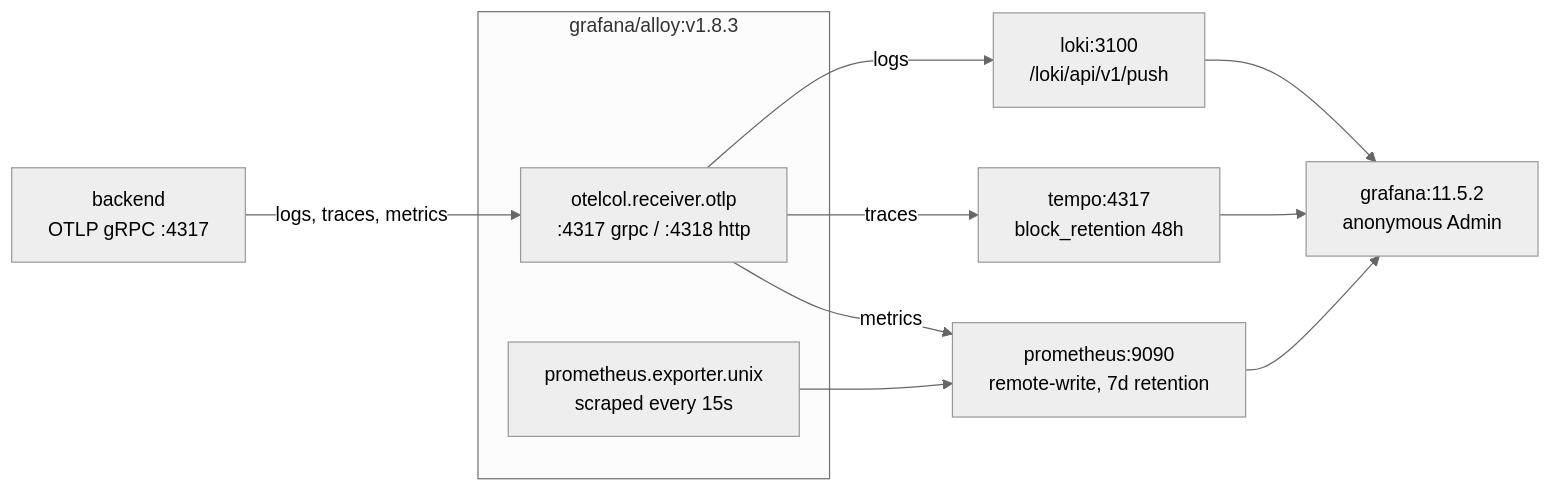
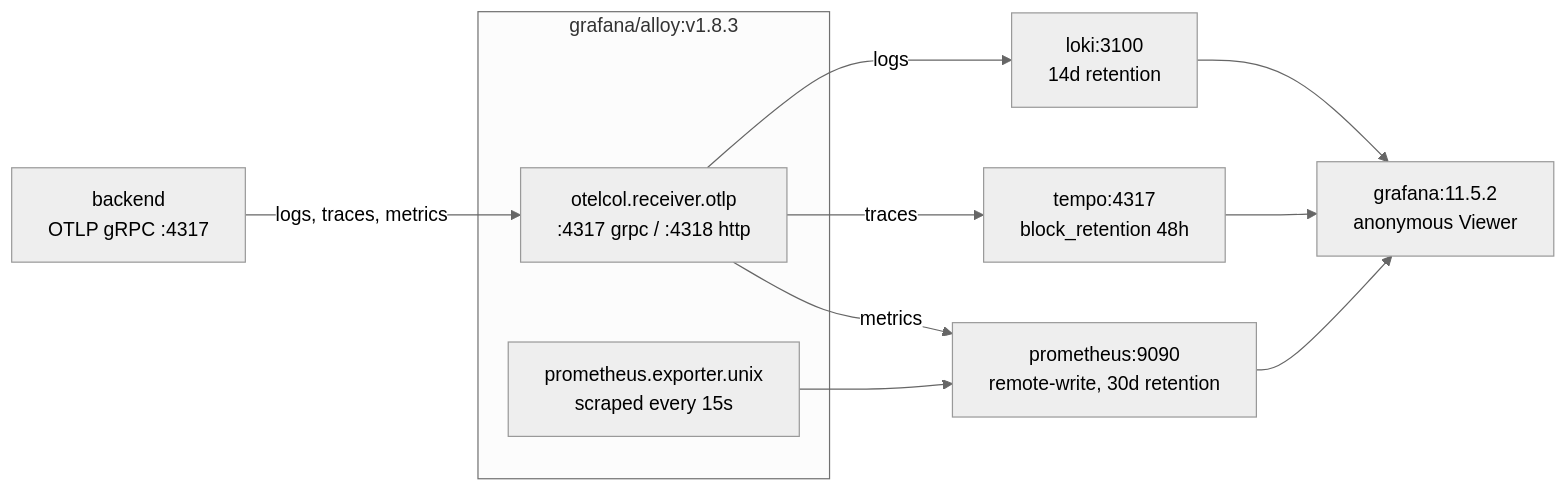
Before and after one commit to Pieczasz/terminal-card: the third of 3 diagrams in ONBOARDING.md, drawn with Mermaid (neutral theme). The commit also changed other lines of this file and 9 other files, not shown here.

````diff
--- a/ONBOARDING.md
+++ b/ONBOARDING.md
@@ -940,16 +988,16 @@
 ```mermaid
 flowchart LR
     APP["backend<br/>OTLP gRPC :4317"]
     subgraph Alloy["grafana/alloy:v1.8.3"]
         RX["otelcol.receiver.otlp<br/>:4317 grpc / :4318 http"]
         UNIX["prometheus.exporter.unix<br/>scraped every 15s"]
     end
     APP -->|logs, traces, metrics| RX
-    RX -->|logs| LOKI["loki:3100<br/>/loki/api/v1/push"]
+    RX -->|logs| LOKI["loki:3100<br/>14d retention"]
     RX -->|traces| TEMPO["tempo:4317<br/>block_retention 48h"]
-    RX -->|metrics| PROM["prometheus:9090<br/>remote-write, 7d retention"]
+    RX -->|metrics| PROM["prometheus:9090<br/>remote-write, 30d retention"]
     UNIX --> PROM
-    LOKI --> GRAF["grafana:11.5.2<br/>anonymous Admin"]
+    LOKI --> GRAF["grafana:11.5.2<br/>anonymous Viewer"]
     TEMPO --> GRAF
     PROM --> GRAF
 ```
````
